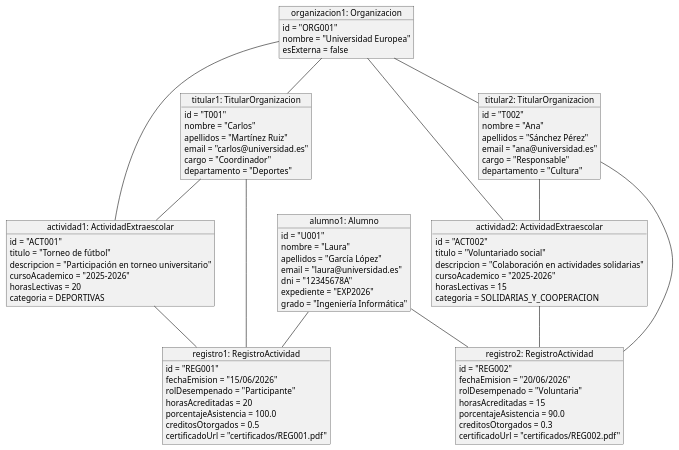
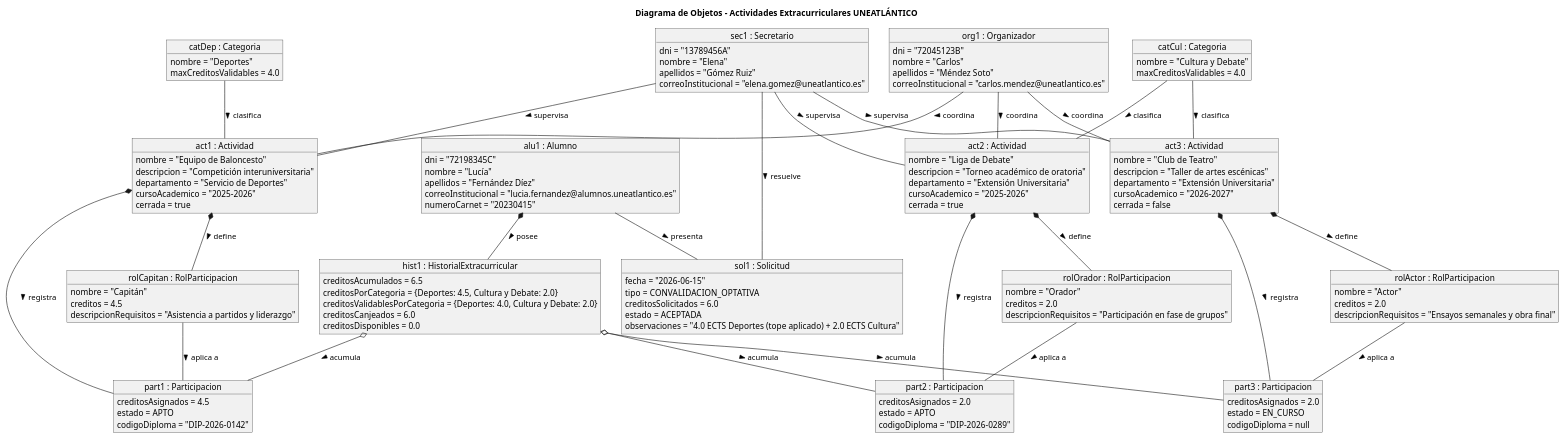
Before and after one commit to SaraVaqueroRelea/26-27-IdSw1-SDR: the diagram in diagramas/diagramaObjetos/diagramaObjetos.puml, drawn with PlantUML.

Commit message:
actualizacion diagrama objetos

```diff
--- a/diagramas/diagramaObjetos/diagramaObjetos.puml
+++ b/diagramas/diagramaObjetos/diagramaObjetos.puml
@@ -2,93 +1,153 @@
 @startuml
+title Diagrama de Objetos - Actividades Extracurriculares UNEATLÁNTICO
 
-object "alumno1: Alumno" as alumno1 {
-  id = "U001"
-  nombre = "Laura"
-  apellidos = "García López"
-  email = "laura@universidad.es"
-  dni = "12345678A"
-  expediente = "EXP2026"
-  grado = "Ingeniería Informática"
+skinparam objectAttributeIconSize 0
+
+' Usuarios
+object "sec1 : Secretario" as sec1 {
+  dni = "13789456A"
+  nombre = "Elena"
+  apellidos = "Gómez Ruiz"
+  correoInstitucional = "elena.gomez@uneatlantico.es"
 }
 
-object "titular1: TitularOrganizacion" as titular1 {
-  id = "T001"
+object "org1 : Organizador" as org1 {
+  dni = "72045123B"
   nombre = "Carlos"
-  apellidos = "Martínez Ruiz"
-  email = "carlos@universidad.es"
-  cargo = "Coordinador"
-  departamento = "Deportes"
+  apellidos = "Méndez Soto"
+  correoInstitucional = "carlos.mendez@uneatlantico.es"
 }
 
-object "titular2: TitularOrganizacion" as titular2 {
-  id = "T002"
-  nombre = "Ana"
-  apellidos = "Sánchez Pérez"
-  email = "ana@universidad.es"
-  cargo = "Responsable"
-  departamento = "Cultura"
+object "alu1 : Alumno" as alu1 {
+  dni = "72198345C"
+  nombre = "Lucía"
+  apellidos = "Fernández Díez"
+  correoInstitucional = "lucia.fernandez@alumnos.uneatlantico.es"
+  numeroCarnet = "20230415"
 }
 
-object "organizacion1: Organizacion" as organizacion1 {
-  id = "ORG001"
-  nombre = "Universidad Europea"
-  esExterna = false
+' Categorías
+object "catDep : Categoria" as catDep {
+  nombre = "Deportes"
+  maxCreditosValidables = 4.0
 }
 
-object "actividad1: ActividadExtraescolar" as actividad1 {
-  id = "ACT001"
-  titulo = "Torneo de fútbol"
-  descripcion = "Participación en torneo universitario"
-  cursoAcademico = "2025-2026"
-  horasLectivas = 20
-  categoria = DEPORTIVAS
+object "catCul : Categoria" as catCul {
+  nombre = "Cultura y Debate"
+  maxCreditosValidables = 4.0
 }
 
-object "actividad2: ActividadExtraescolar" as actividad2 {
-  id = "ACT002"
-  titulo = "Voluntariado social"
-  descripcion = "Colaboración en actividades solidarias"
+' Actividades
+object "act1 : Actividad" as act1 {
+  nombre = "Equipo de Baloncesto"
+  descripcion = "Competición interuniversitaria"
+  departamento = "Servicio de Deportes"
   cursoAcademico = "2025-2026"
-  horasLectivas = 15
-  categoria = SOLIDARIAS_Y_COOPERACION
+  cerrada = true
 }
 
-object "registro1: RegistroActividad" as registro1 {
-  id = "REG001"
-  fechaEmision = "15/06/2026"
-  rolDesempenado = "Participante"
-  horasAcreditadas = 20
-  porcentajeAsistencia = 100.0
-  creditosOtorgados = 0.5
-  certificadoUrl = "certificados/REG001.pdf"
+object "act2 : Actividad" as act2 {
+  nombre = "Liga de Debate"
+  descripcion = "Torneo académico de oratoria"
+  departamento = "Extensión Universitaria"
+  cursoAcademico = "2025-2026"
+  cerrada = true
 }
 
-object "registro2: RegistroActividad" as registro2 {
-  id = "REG002"
-  fechaEmision = "20/06/2026"
-  rolDesempenado = "Voluntaria"
-  horasAcreditadas = 15
-  porcentajeAsistencia = 90.0
-  creditosOtorgados = 0.3
-  certificadoUrl = "certificados/REG002.pdf"
+object "act3 : Actividad" as act3 {
+  nombre = "Club de Teatro"
+  descripcion = "Taller de artes escénicas"
+  departamento = "Extensión Universitaria"
+  cursoAcademico = "2026-2027"
+  cerrada = false
 }
 
-organizacion1 -- titular1
-organizacion1 -- titular2
+' Roles de participación
+object "rolCapitan : RolParticipacion" as rolCapitan {
+  nombre = "Capitán"
+  creditos = 4.5
+  descripcionRequisitos = "Asistencia a partidos y liderazgo"
+}
 
-organizacion1 -- actividad1
-organizacion1 -- actividad2
+object "rolOrador : RolParticipacion" as rolOrador {
+  nombre = "Orador"
+  creditos = 2.0
+  descripcionRequisitos = "Participación en fase de grupos"
+}
 
-titular1 -- actividad1
-titular2 -- actividad2
+object "rolActor : RolParticipacion" as rolActor {
+  nombre = "Actor"
+  creditos = 2.0
+  descripcionRequisitos = "Ensayos semanales y obra final"
+}
 
-titular1 -- registro1
-titular2 -- registro2
+' Participaciones
+object "part1 : Participacion" as part1 {
+  creditosAsignados = 4.5
+  estado = APTO
+  codigoDiploma = "DIP-2026-0142"
+}
 
-alumno1 -- registro1
-alumno1 -- registro2
+object "part2 : Participacion" as part2 {
+  creditosAsignados = 2.0
+  estado = APTO
+  codigoDiploma = "DIP-2026-0289"
+}
 
-actividad1 -- registro1
-actividad2 -- registro2
+object "part3 : Participacion" as part3 {
+  creditosAsignados = 2.0
+  estado = EN_CURSO
+  codigoDiploma = null
+}
+
+' Historial y Solicitud
+object "hist1 : HistorialExtracurricular" as hist1 {
+  creditosAcumulados = 6.5
+  creditosPorCategoria = {Deportes: 4.5, Cultura y Debate: 2.0}
+  creditosValidablesPorCategoria = {Deportes: 4.0, Cultura y Debate: 2.0}
+  creditosCanjeados = 6.0
+  creditosDisponibles = 0.0
+}
+
+object "sol1 : Solicitud" as sol1 {
+  fecha = "2026-06-15"
+  tipo = CONVALIDACION_OPTATIVA
+  creditosSolicitados = 6.0
+  estado = ACEPTADA
+  observaciones = "4.0 ECTS Deportes (tope aplicado) + 2.0 ECTS Cultura"
+}
+
+' Enlaces entre objetos
+catDep -- act1 : clasifica >
+catCul -- act2 : clasifica >
+catCul -- act3 : clasifica >
+
+sec1 -- act1 : supervisa >
+sec1 -- act2 : supervisa >
+sec1 -- act3 : supervisa >
+
+org1 -- act1 : coordina >
+org1 -- act2 : coordina >
+org1 -- act3 : coordina >
+
+act1 *-- rolCapitan : define >
+act2 *-- rolOrador : define >
+act3 *-- rolActor : define >
+
+act1 *-- part1 : registra >
+act2 *-- part2 : registra >
+act3 *-- part3 : registra >
+
+rolCapitan -- part1 : aplica a >
+rolOrador -- part2 : aplica a >
+rolActor -- part3 : aplica a >
+
+alu1 *-- hist1 : posee >
+hist1 o-- part1 : acumula >
+hist1 o-- part2 : acumula >
+hist1 o-- part3 : acumula >
+
+alu1 -- sol1 : presenta >
+sec1 -- sol1 : resuelve >
 
 @enduml
```
